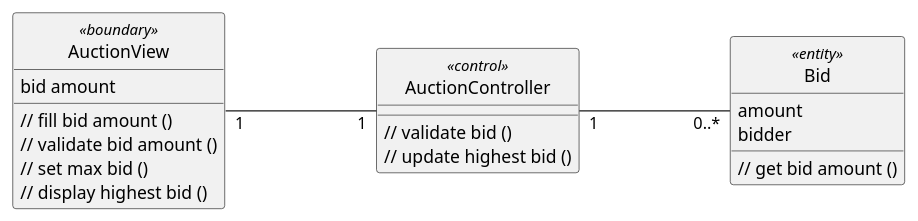
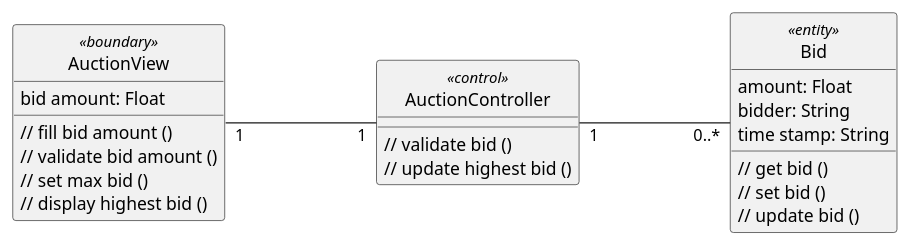
One commit to anhbanlinhle/velocity-exchange changed the diagram in uml/analysis/class/place_bid.puml. Above: the diagram before and after it, drawn with PlantUML. The commit also changed 5 other files, not shown here.

```diff
--- a/uml/analysis/class/place_bid.puml
+++ b/uml/analysis/class/place_bid.puml
@@ -1,38 +1,41 @@
 @startuml 
 left to right direction
 skinparam classAttributeIconSize 0
 skinparam linetype ortho
 hide circle
 class AuctionView <<boundary>> {
-    bid amount
+    bid amount: Float
 
     // fill bid amount ()
     // validate bid amount ()
     // set max bid ()
     // display highest bid ()
 
     }
 
 class AuctionController <<control>> {
     // validate bid ()
     // update highest bid ()
 
 
 
     }
 
 class Bid <<entity>> {
-    amount
-    bidder
+    amount: Float
+    bidder: String
+    time stamp: String
 
-    // get bid amount ()
+    // get bid ()
+    // set bid ()
+    // update bid ()
 
     }
 
 
 AuctionView "1" --- "1" AuctionController
 
 AuctionController "1" --- "0..*" Bid
 
 
 @enduml
```
